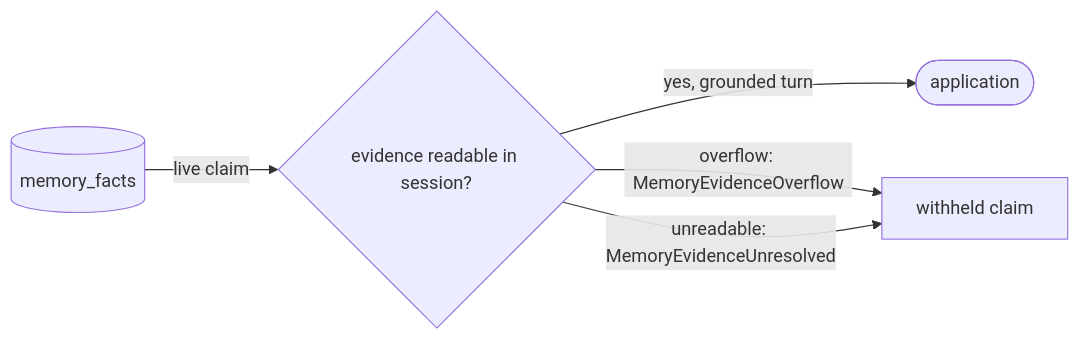
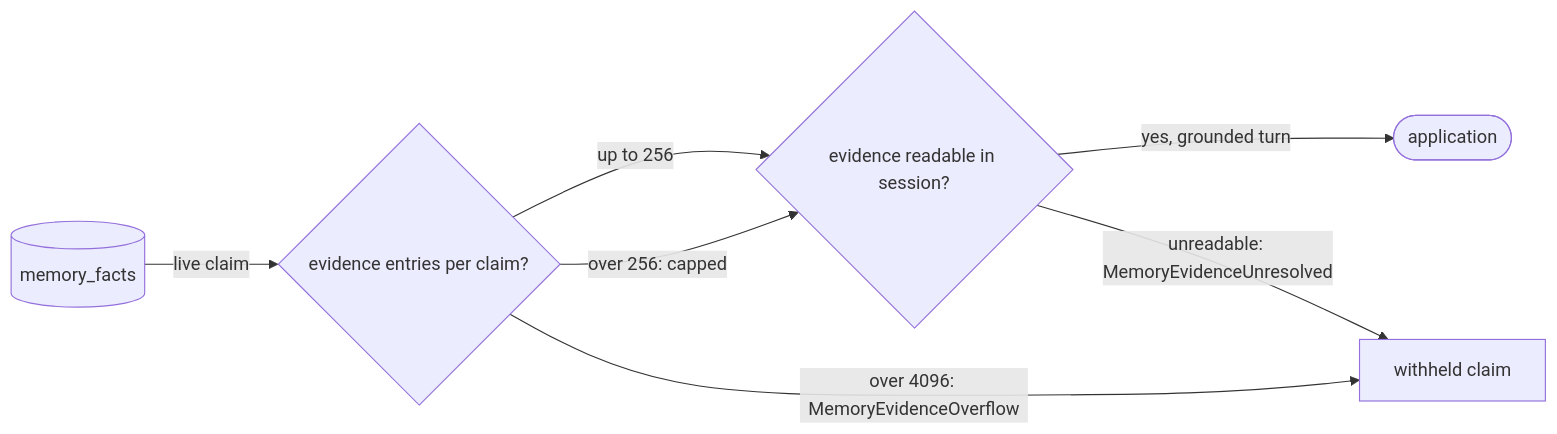
One commit to fractalboxdev/contextful changed the third of 4 diagrams in spec/21-memory.md. Above: the diagram before and after it, drawn with Mermaid. The commit also changed other lines of this file and 5 other files, not shown here.

````diff
--- a/spec/21-memory.md
+++ b/spec/21-memory.md
@@ -174,7 +177,9 @@
 ```mermaid
 flowchart LR
-  FACTS[("memory_facts")] -->|"live claim"| EV{"evidence readable in session?"}
+  FACTS[("memory_facts")] -->|"live claim"| COUNT{"evidence entries per claim?"}
+  COUNT -->|"up to 256"| EV{"evidence readable in session?"}
+  COUNT -->|"over 256: capped"| EV
+  COUNT -->|"over 4096: MemoryEvidenceOverflow"| HELD["withheld claim"]
   EV -->|"yes, grounded turn"| APP(["application"])
-  EV -->|"overflow: MemoryEvidenceOverflow"| HELD["withheld claim"]
   EV -->|"unreadable: MemoryEvidenceUnresolved"| HELD
 ```
````
